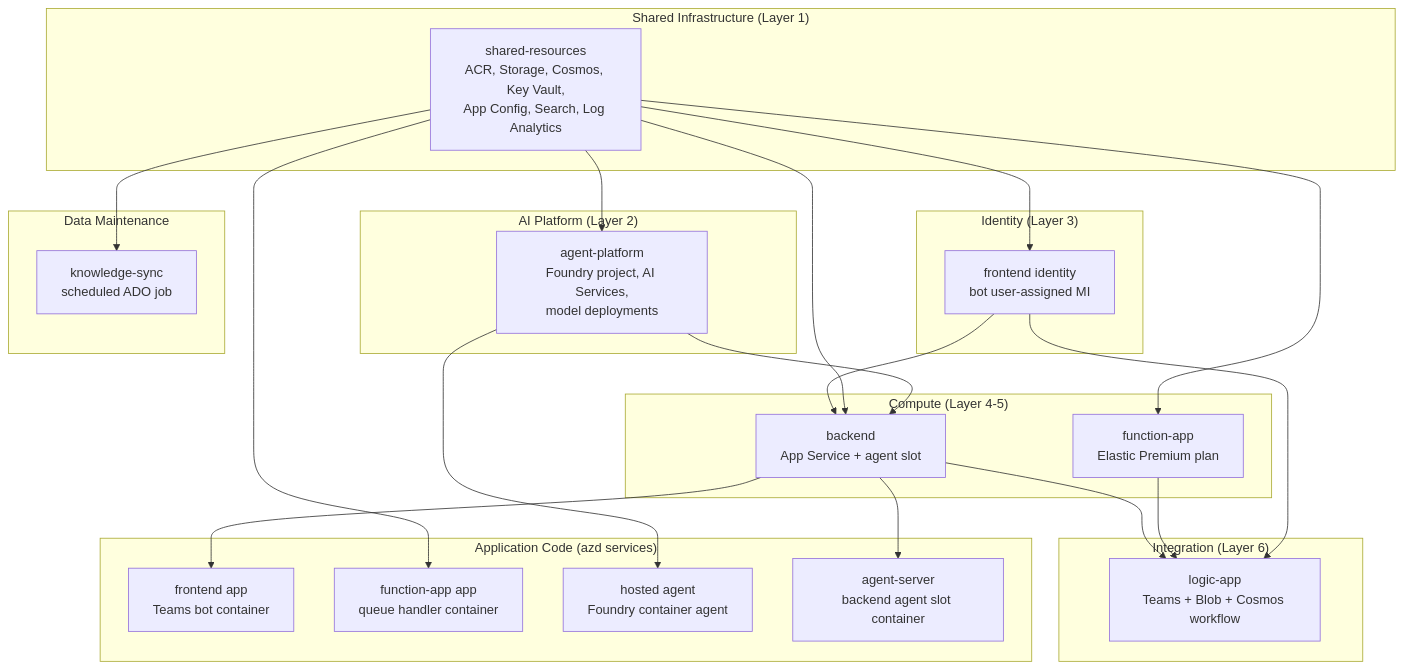
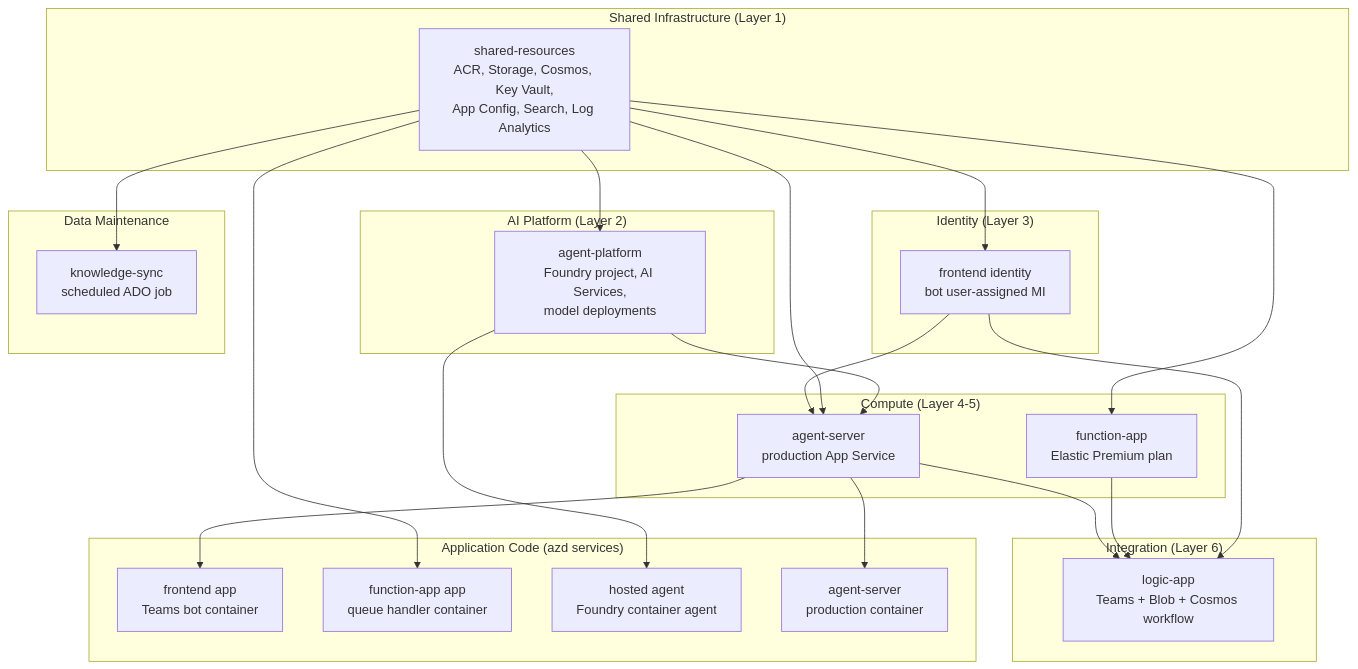
Before and after one commit to Azure/azure-sdk-tools: the diagram in tools/sdk-ai-bots/deployment/docs/component-dependency-graph.md, drawn with Mermaid. The commit also changed other lines of this file and 33 other files, not shown here.

Commit message:
Deploy agent server directly to production

````diff
--- a/tools/sdk-ai-bots/deployment/docs/component-dependency-graph.md
+++ b/tools/sdk-ai-bots/deployment/docs/component-dependency-graph.md
@@ -3,50 +3,50 @@
 ```mermaid
 graph TD
     subgraph "Shared Infrastructure (Layer 1)"
         SR[shared-resources<br/>ACR, Storage, Cosmos, Key Vault,<br/>App Config, Search, Log Analytics]
     end
 
     subgraph "AI Platform (Layer 2)"
         AGP[agent-platform<br/>Foundry project, AI Services,<br/>model deployments]
     end
 
     subgraph "Identity (Layer 3)"
         FE_ID[frontend identity<br/>bot user-assigned MI]
     end
 
     subgraph "Compute (Layer 4-5)"
-        BE[backend<br/>App Service + agent slot]
+        BE[agent-server<br/>production App Service]
         FN[function-app<br/>Elastic Premium plan]
     end
 
     subgraph "Integration (Layer 6)"
         LA[logic-app<br/>Teams + Blob + Cosmos workflow]
     end
 
     subgraph "Application Code (azd services)"
         FE_APP[frontend app<br/>Teams bot container]
         FN_APP[function-app app<br/>queue handler container]
         AG_APP[hosted agent<br/>Foundry container agent]
-        AG_SRV[agent-server<br/>backend agent slot container]
+        AG_SRV[agent-server<br/>production container]
     end
 
     subgraph "Data Maintenance"
         KS[knowledge-sync<br/>scheduled ADO job]
     end
 
     SR --> AGP
     SR --> FE_ID
     FE_ID --> BE
     SR --> BE
     AGP --> BE
     SR --> FN
     BE --> LA
     FN --> LA
     FE_ID --> LA
 
     BE --> AG_SRV
     AGP --> AG_APP
     BE --> FE_APP
     SR --> FN_APP
     SR --> KS
 ```
````
